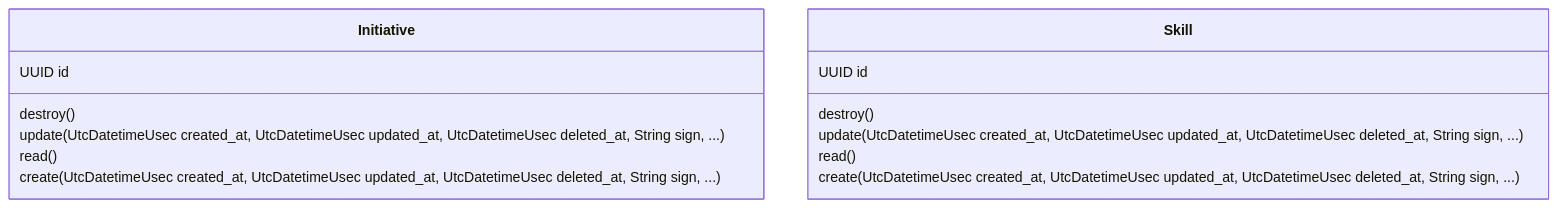
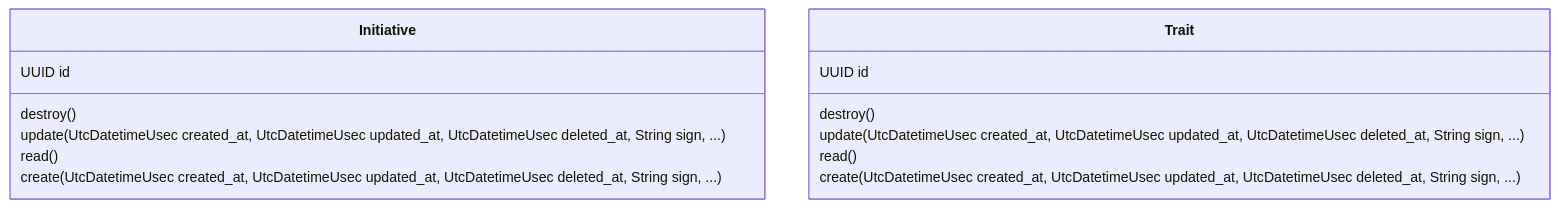
Before and after one commit to joelparkerhenderson/navatrack: the diagram in lib/navatrack/works-mermaid-class-diagram.mmd, drawn with Mermaid. The commit also changed 70 other files, not shown here.

```diff
--- a/lib/navatrack/works-mermaid-class-diagram.mmd
+++ b/lib/navatrack/works-mermaid-class-diagram.mmd
@@ -1,15 +1,15 @@
 classDiagram
     class Initiative {
         UUID id
         destroy()
         update(UtcDatetimeUsec created_at, UtcDatetimeUsec updated_at, UtcDatetimeUsec deleted_at, String sign, ...)
         read()
         create(UtcDatetimeUsec created_at, UtcDatetimeUsec updated_at, UtcDatetimeUsec deleted_at, String sign, ...)
     }
-    class Skill {
+    class Trait {
         UUID id
         destroy()
         update(UtcDatetimeUsec created_at, UtcDatetimeUsec updated_at, UtcDatetimeUsec deleted_at, String sign, ...)
         read()
         create(UtcDatetimeUsec created_at, UtcDatetimeUsec updated_at, UtcDatetimeUsec deleted_at, String sign, ...)
     }
```
